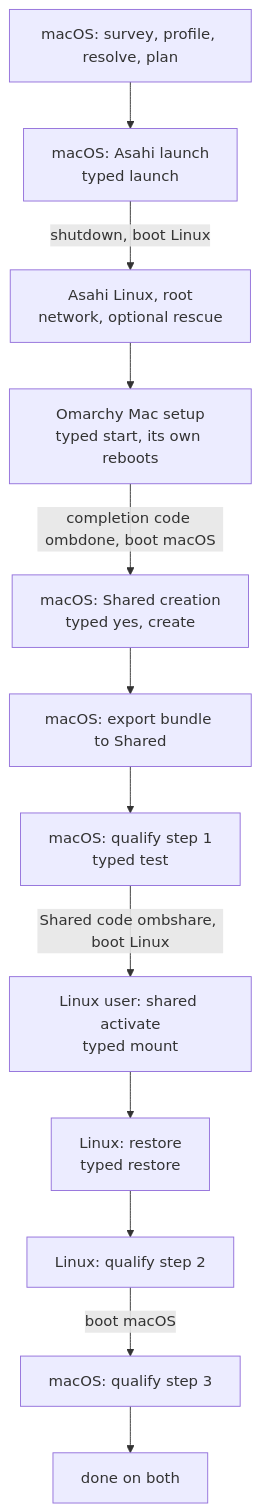
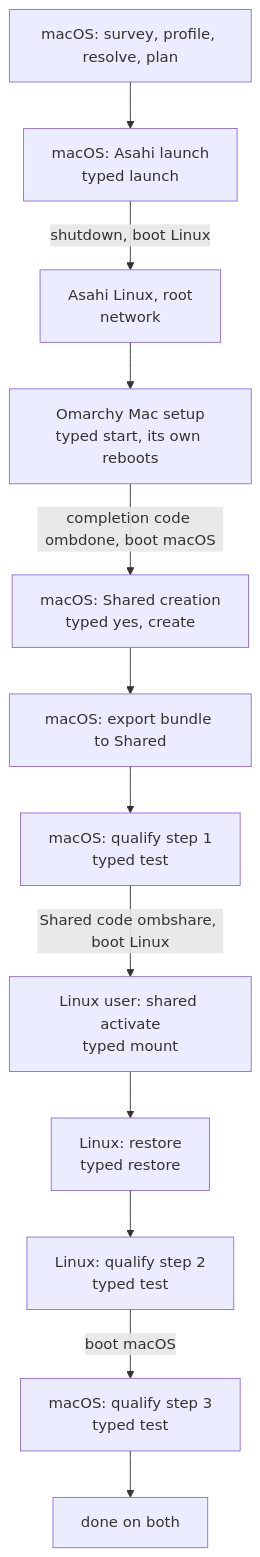
The first of 2 diagrams in docs/QUALIFICATION.md (scalinity/omarchy-mac-bootstrap), drawn with Mermaid before and after one commit. The commit also changed other lines of this file and 21 other files, not shown here.

````diff
--- a/docs/QUALIFICATION.md
+++ b/docs/QUALIFICATION.md
@@ -84,14 +78,14 @@
 ```mermaid
 flowchart TD
     S[macOS: survey, profile, resolve, plan] --> A[macOS: Asahi launch<br/>typed launch]
-    A -->|shutdown, boot Linux| L1[Asahi Linux, root<br/>network, optional rescue]
+    A -->|shutdown, boot Linux| L1[Asahi Linux, root<br/>network]
     L1 --> O[Omarchy Mac setup<br/>typed start, its own reboots]
     O -->|completion code ombdone, boot macOS| M2[macOS: Shared creation<br/>typed yes, create]
     M2 --> E[macOS: export bundle to Shared]
     E --> Q0[macOS: qualify step 1<br/>typed test]
     Q0 -->|Shared code ombshare, boot Linux| L2[Linux user: shared activate<br/>typed mount]
     L2 --> R[Linux: restore<br/>typed restore]
-    R --> Q1[Linux: qualify step 2]
-    Q1 -->|boot macOS| Q3[macOS: qualify step 3]
+    R --> Q1[Linux: qualify step 2<br/>typed test]
+    Q1 -->|boot macOS| Q3[macOS: qualify step 3<br/>typed test]
     Q3 --> D[done on both]
 ```
````
